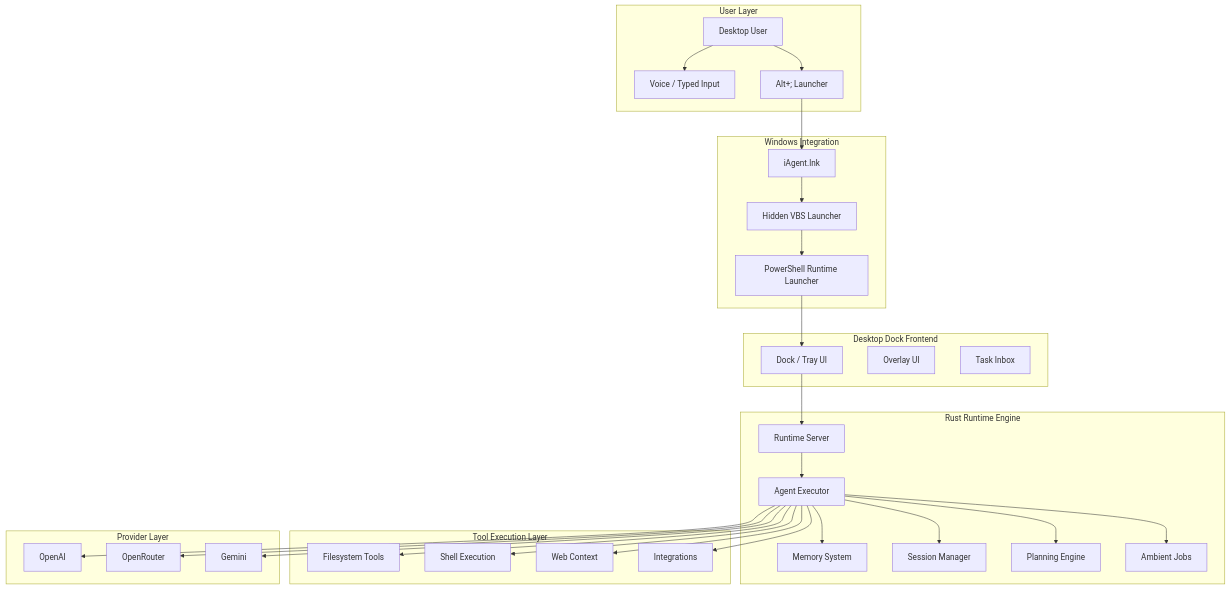
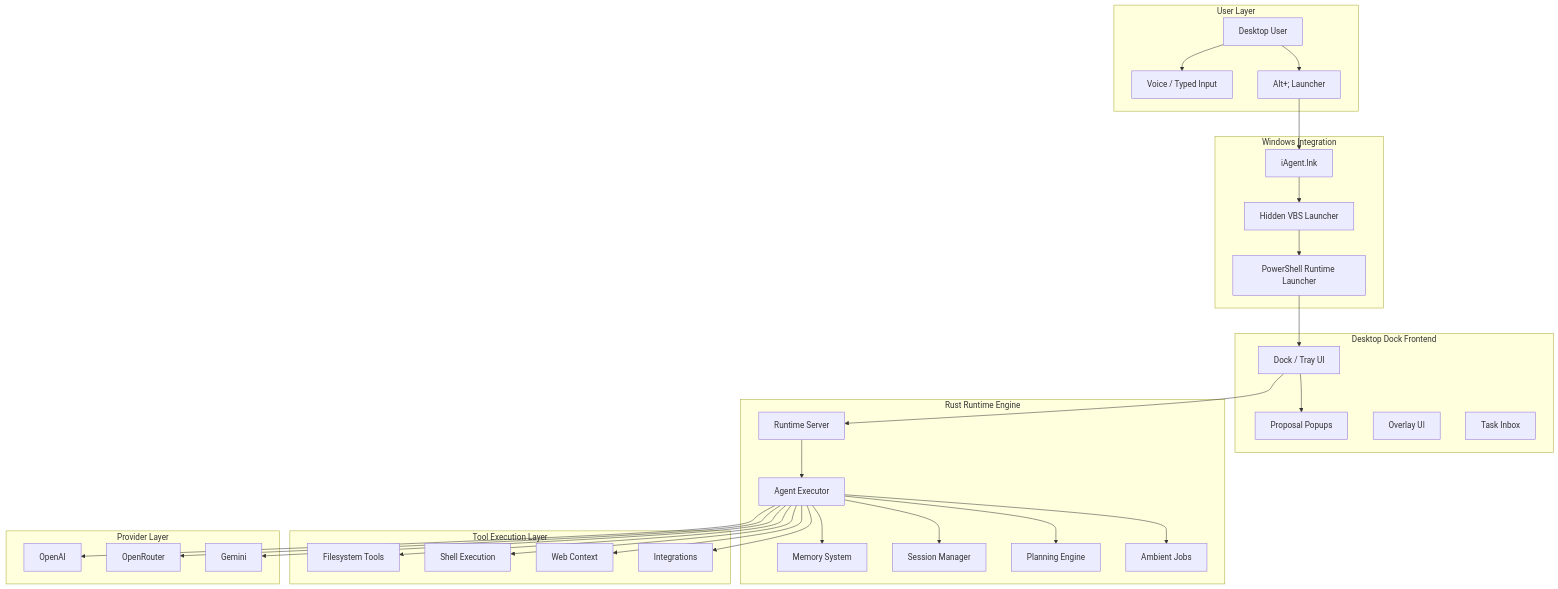
The diagram in README.md (benclawbot/iAgent-windows), drawn with Mermaid before and after one commit. The commit also changed other lines of this file and 8 other files, not shown here.

Commit message:
Add Python proposal approval popups

````diff
--- a/README.md
+++ b/README.md
@@ -242,61 +245,63 @@
 ```mermaid
 flowchart TB
 
     subgraph User["User Layer"]
         USER[Desktop User]
         VOICE[Voice / Typed Input]
         HOTKEY[Alt+; Launcher]
     end
 
     subgraph Windows["Windows Integration"]
         SHORTCUT[iAgent.lnk]
         VBS[Hidden VBS Launcher]
         PS[PowerShell Runtime Launcher]
     end
 
     subgraph Frontend["Desktop Dock Frontend"]
         DOCK[Dock / Tray UI]
+        PROPOSAL[Proposal Popups]
         OVERLAY[Overlay UI]
         INBOX[Task Inbox]
     end
 
     subgraph Runtime["Rust Runtime Engine"]
         SERVER[Runtime Server]
         AGENT[Agent Executor]
         MEMORY[Memory System]
         SESSION[Session Manager]
         PLAN[Planning Engine]
         AMBIENT[Ambient Jobs]
     end
 
     subgraph Tooling["Tool Execution Layer"]
         FS[Filesystem Tools]
         SHELL[Shell Execution]
         WEB[Web Context]
         INT[Integrations]
     end
 
     subgraph Providers["Provider Layer"]
         OPENAI[OpenAI]
         OPENROUTER[OpenRouter]
         GEMINI[Gemini]
     end
 
     USER --> HOTKEY
     USER --> VOICE
     HOTKEY --> SHORTCUT --> VBS --> PS
     PS --> DOCK
+    DOCK --> PROPOSAL
     DOCK --> SERVER
     SERVER --> AGENT
     AGENT --> MEMORY
     AGENT --> SESSION
     AGENT --> PLAN
     AGENT --> AMBIENT
     AGENT --> FS
     AGENT --> SHELL
     AGENT --> WEB
     AGENT --> INT
     AGENT --> OPENAI
     AGENT --> OPENROUTER
     AGENT --> GEMINI
 ```
````
